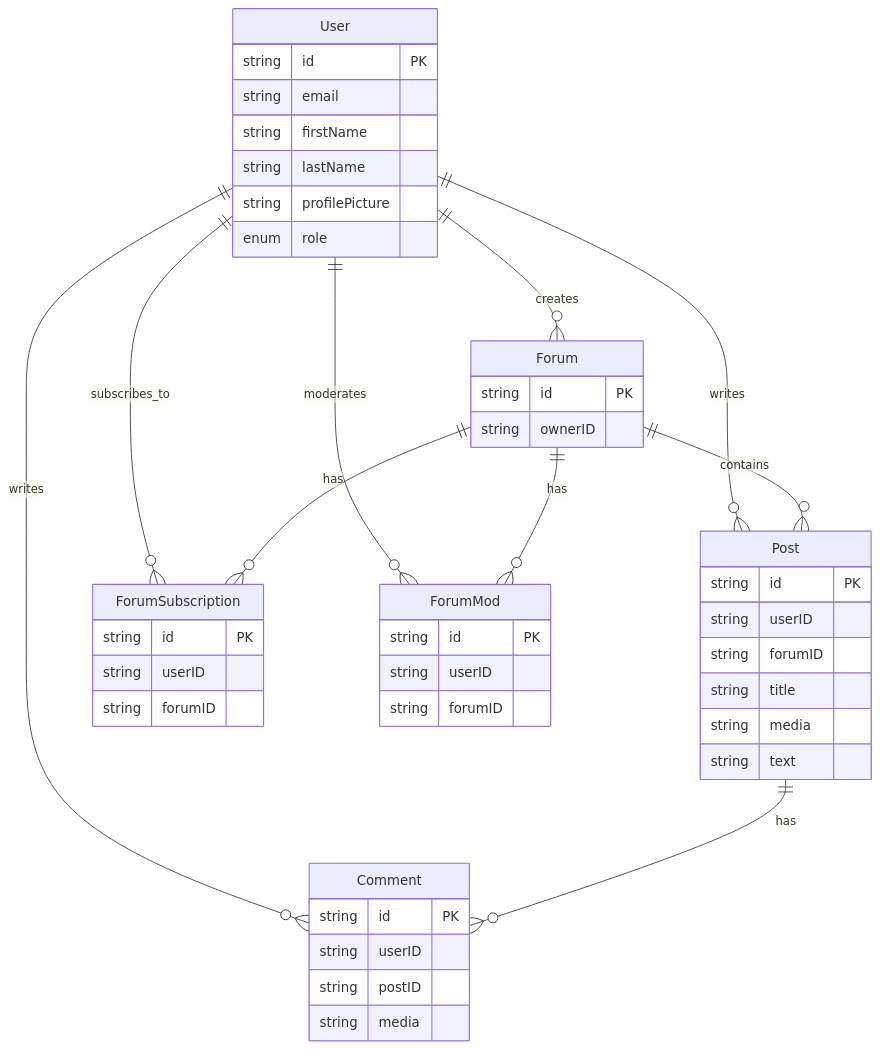
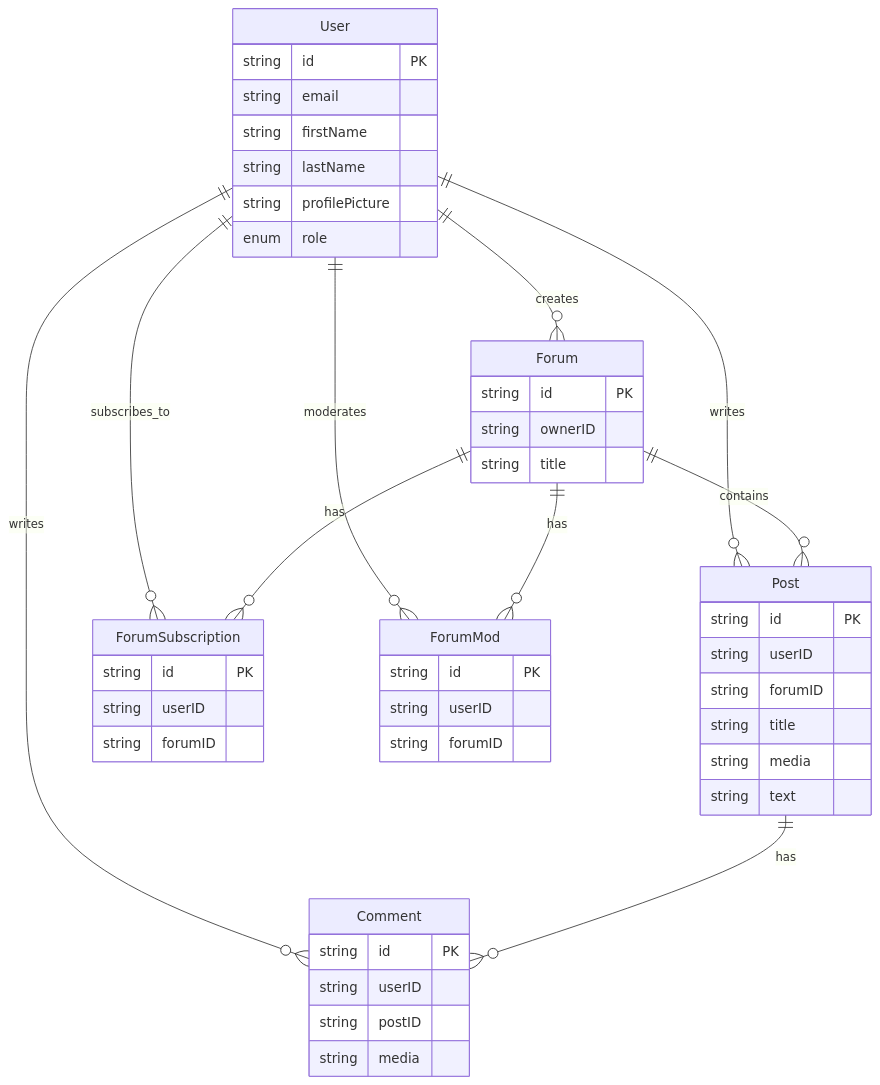
One commit to FegelSamuel/Agora-Bloom changed the second of 2 diagrams in README.md. Above: the diagram before and after it, drawn with Mermaid.

````diff
--- a/README.md
+++ b/README.md
@@ -16,54 +16,55 @@
 ```mermaid
 erDiagram
     User ||--o{ Post : writes
     User ||--o{ Comment : writes
     User ||--o{ ForumSubscription : subscribes_to
     User ||--o{ ForumMod : moderates
     User ||--o{ Forum : creates
     Forum ||--o{ ForumSubscription : has
     Forum ||--o{ ForumMod : has
     Forum ||--o{ Post : contains
     Post ||--o{ Comment : has
 
     User {
         string id PK
         string email
         string firstName
         string lastName
         string profilePicture
         enum   role
     }
 
     Forum {
         string id PK
         string ownerID
+        string title
     }
 
     ForumMod {
         string id PK
         string userID
         string forumID
     }
 
     ForumSubscription {
         string id PK
         string userID
         string forumID
     }
 
     Post {
         string id PK
         string userID
         string forumID
         string title
         string media
         string text
     }
 
     Comment {
         string id PK
         string userID
         string postID
         string media
     }
 ```
````
